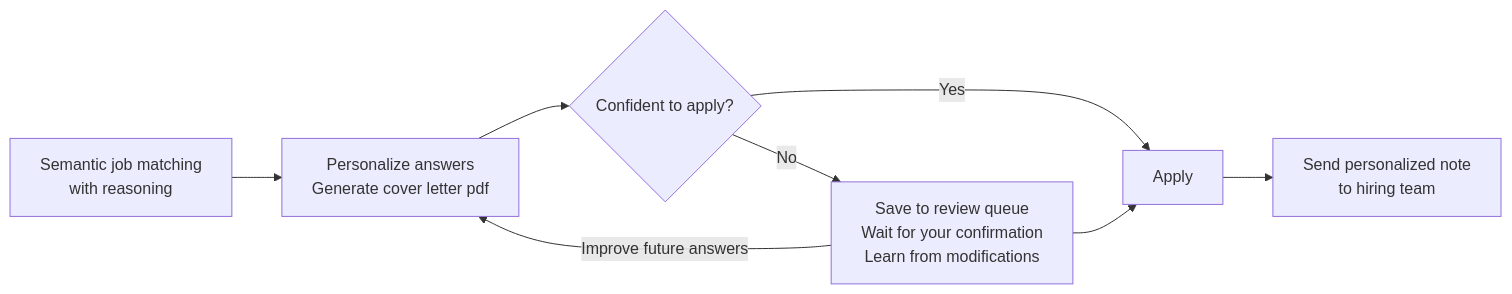
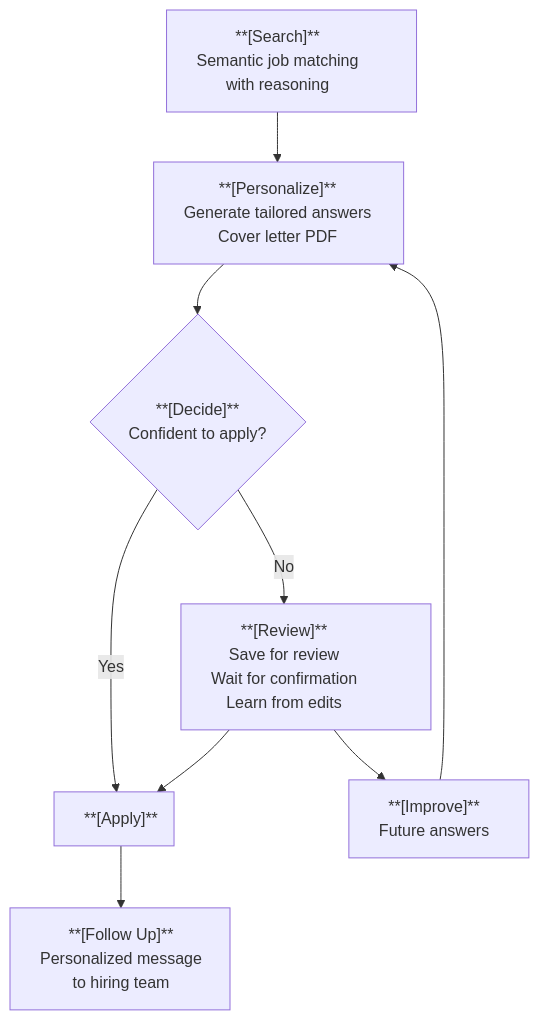
One commit to lookr-fyi/job-application-bot-by-ollama-ai changed the diagram in README.md. Above: the diagram before and after it, drawn with Mermaid.

Commit message:
improve flow display

````diff
--- a/README.md
+++ b/README.md
@@ -33,10 +33,25 @@
 ```mermaid
-graph LR;
-    C[Semantic job matching <br> with reasoning] --> D[Personalize answers <br> Generate cover letter pdf]
-    D --> E{Confident to apply?}
-    E -->|Yes| F[Apply]
-    E -->|No| G[Save to review queue <br> Wait for your confirmation <br> Learn from modifications]
-    G --> |Improve future answers| D
-    G --> F
-    F --> I[Send personalized note <br>to hiring team]
+graph TD
+    A["**[Search]**<br>Semantic job matching<br>with reasoning"] --> B["**[Personalize]**<br>Generate tailored answers<br>Cover letter PDF"]
+    B --> C{"**[Decide]**<br>Confident to apply?"}
+
+    C -- Yes --> D["**[Apply]**"]
+    C -- No --> E["**[Review]**<br>Save for review<br>Wait for confirmation<br>Learn from edits"]
+    E --> D
+    E --> F["**[Improve]**<br>Future answers"]
+    F --> B
+
+    D --> G["**[Follow Up]**<br>Personalized message<br>to hiring team"]
+
+    %% Style to increase box widths
+    style A width:250px
+    style B width:250px
+    style C width:180px
+    style D width:120px
+    style E width:250px
+    style F width:180px
+    style G width:220px
+
+
+
 ```
````
